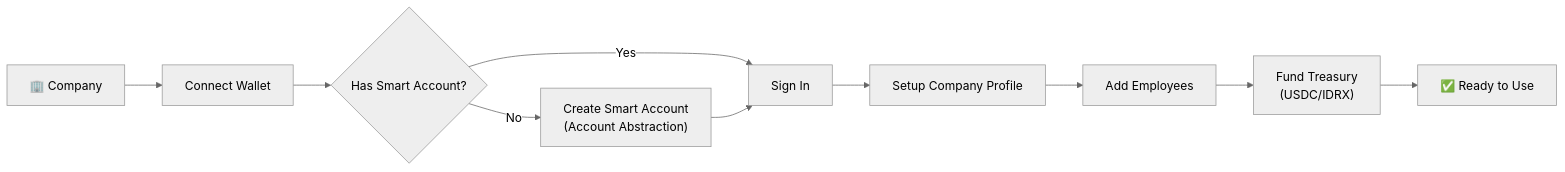
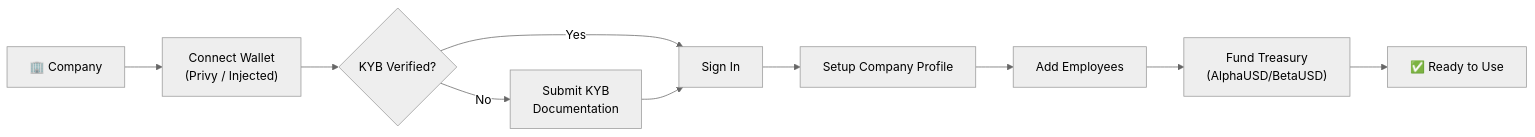
One commit to unclekaldoteth/cheqq changed the second of 10 diagrams in excalidraw-flow-chart/payfi_flowcharts.md. Above: the diagram before and after it, drawn with Mermaid (neutral theme). The commit also changed other lines of this file and 110 other files, not shown here.

````diff
--- a/excalidraw-flow-chart/payfi_flowcharts.md
+++ b/excalidraw-flow-chart/payfi_flowcharts.md
@@ -64,12 +59,12 @@
 ```mermaid
 flowchart LR
-    A["🏢 Company"] --> B["Connect Wallet"]
-    B --> C{"Has Smart Account?"}
-    C -->|No| D["Create Smart Account\n(Account Abstraction)"]
+    A["🏢 Company"] --> B["Connect Wallet\n(Privy / Injected)"]
+    B --> C{"KYB Verified?"}
+    C -->|No| D["Submit KYB\nDocumentation"]
     C -->|Yes| E["Sign In"]
     D --> E
     E --> F["Setup Company Profile"]
     F --> G["Add Employees"]
-    G --> H["Fund Treasury\n(USDC/IDRX)"]
+    G --> H["Fund Treasury\n(AlphaUSD/BetaUSD)"]
     H --> I["✅ Ready to Use"]
 ```
````
